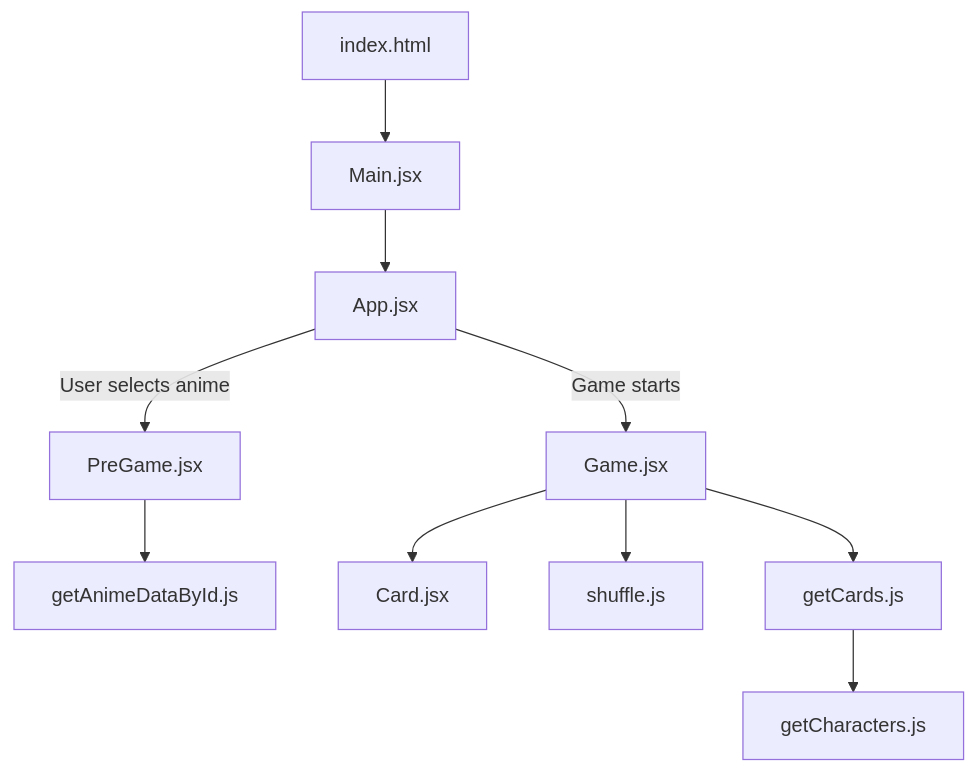
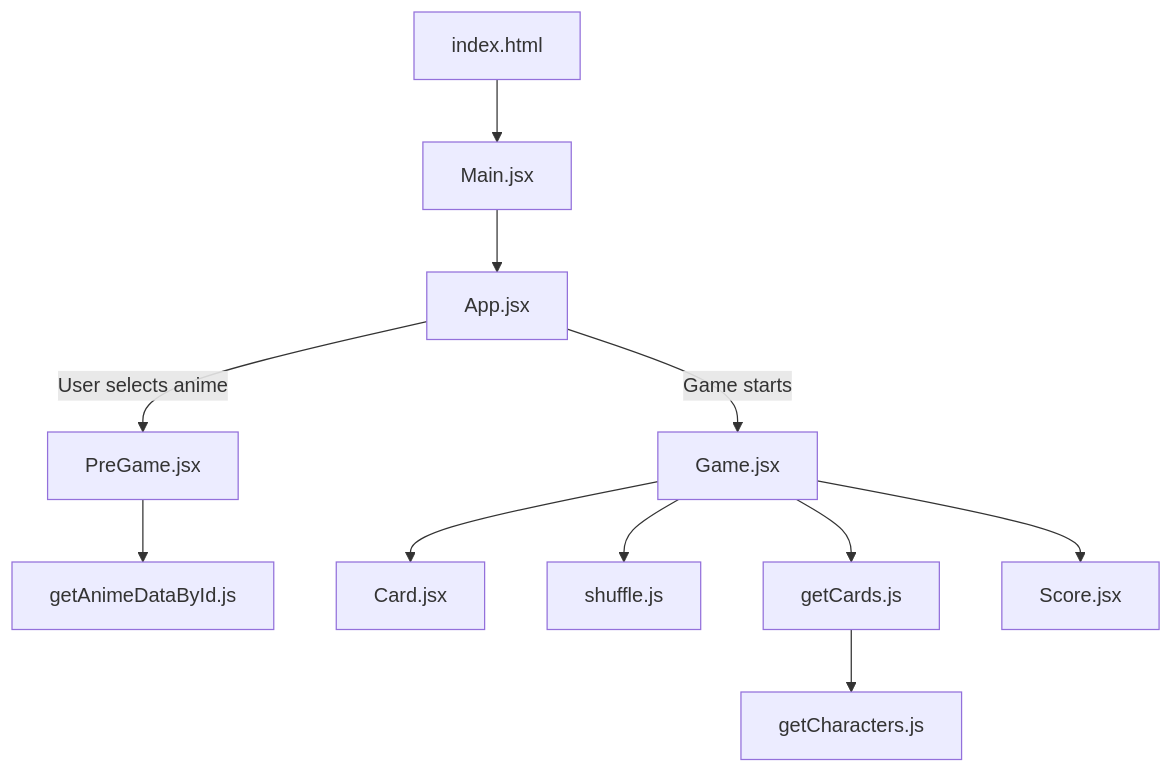
One commit to MclPio/memory_card changed the diagram in README.md. Above: the diagram before and after it, drawn with Mermaid.

Commit message:
Add Score component to mermaid chart

````diff
--- a/README.md
+++ b/README.md
@@ -35,12 +35,13 @@
 ```mermaid
 graph TD;
     A[index.html]-->B[Main.jsx];
     B-->C[App.jsx];
     C-->|User selects anime|E[PreGame.jsx];
     E-->J[getAnimeDataById.js];
     C-->|Game starts|D[Game.jsx];
     D-->F[Card.jsx];
     D-->G[shuffle.js];
     D-->H[getCards.js];
+    D-->K[Score.jsx]
     H-->I[getCharacters.js];
 ```
````
